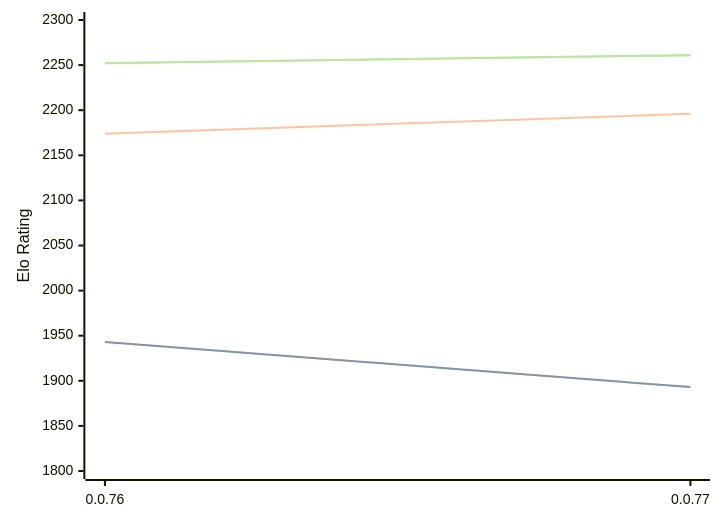
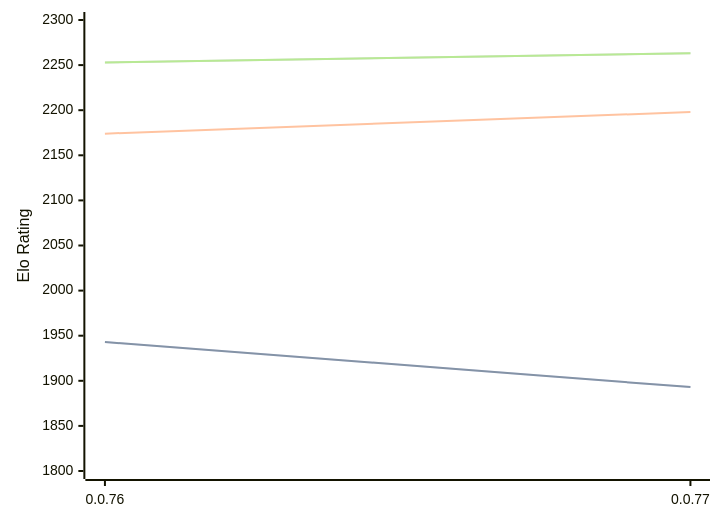
One commit to computer-chess-index/cci changed the diagram in engines/Fktb.md. Above: the diagram before and after it, drawn with Mermaid. The commit also changed other lines of this file, not shown here.

Commit message:
Update CCI Ratings (ELO VLTC) - 2026-04-19

````diff
--- a/engines/Fktb.md
+++ b/engines/Fktb.md
@@ -32,11 +32,11 @@
 ```mermaid
 %%{init: {"theme":"base","themeVariables":{"seriesColors:['#a3a3a3','#222221','#faa371']}}}%%
 xychart-beta
   x-axis ["0.0.76", "0.0.77"]
   y-axis "Elo Rating" 1800 --> 2300
   line "STC (8.0+0.08s)" [1943, 1893]
   line "STC (8.0+0.08s)" [1943, 1893]
-  line "LTC (60.0+0.60s)" [2174, 2196]
-  line "VLTC (2m24s+1.12s)" [2252, 2261]
-  line "VLTC (2m24s+1.12s)" [2252, 2261]
+  line "LTC (60.0+0.60s)" [2174, 2198]
+  line "VLTC (2m24s+1.12s)" [2253, 2263]
+  line "VLTC (2m24s+1.12s)" [2253, 2263]
 ```
````
